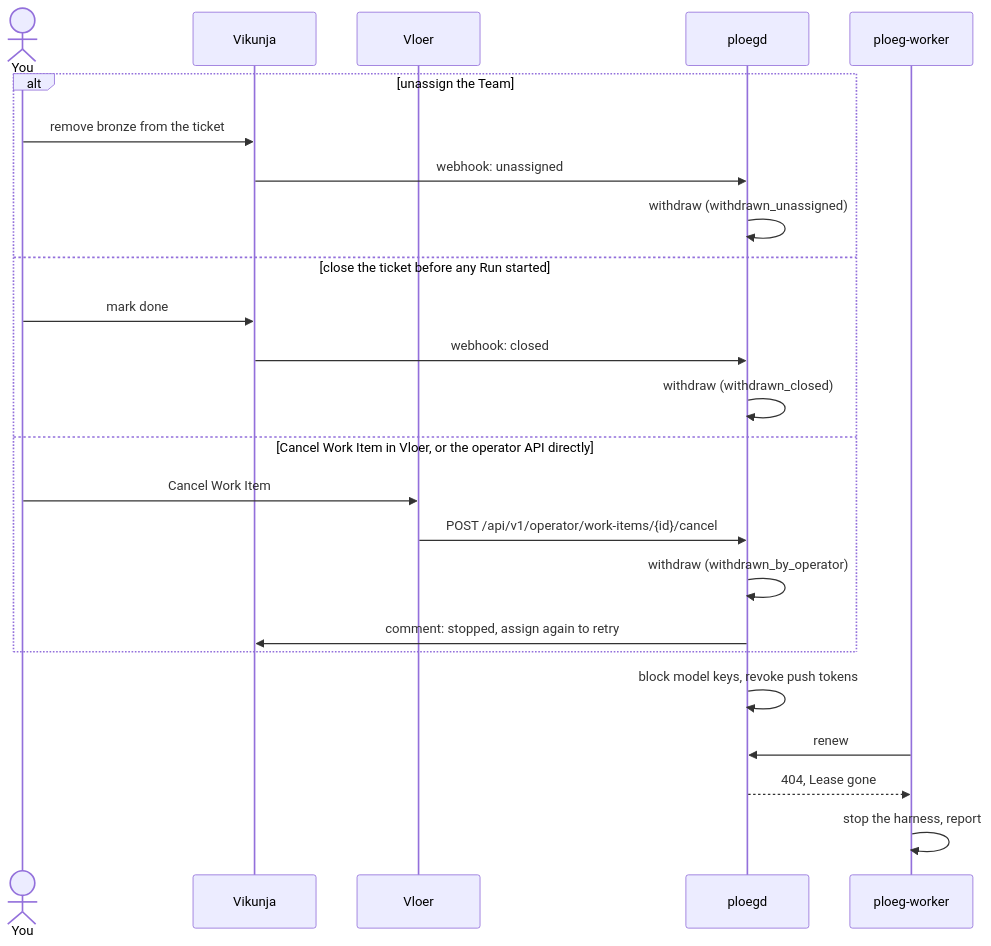
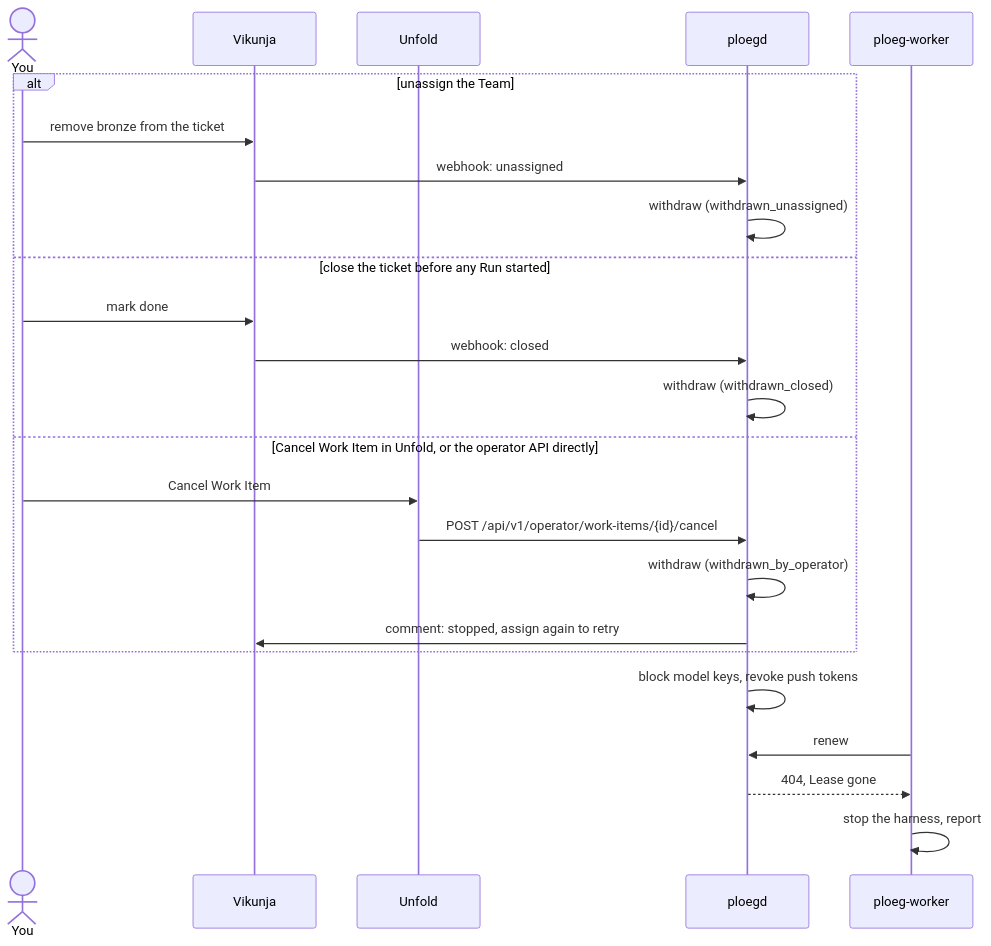
The fourth of 5 diagrams in docs/concepts/journeys.md (webgrip/unfold), drawn with Mermaid before and after one commit. The commit also changed other lines of this file and 1136 other files, not shown here.

````diff
--- a/docs/concepts/journeys.md
+++ b/docs/concepts/journeys.md
@@ -135,26 +135,26 @@
 ```mermaid
 sequenceDiagram
     actor You
     participant V as Vikunja
-    participant VL as Vloer
+    participant VL as Unfold
     participant P as ploegd
     participant W as ploeg-worker
     alt unassign the Team
         You->>V: remove bronze from the ticket
         V->>P: webhook: unassigned
         P->>P: withdraw (withdrawn_unassigned)
     else close the ticket before any Run started
         You->>V: mark done
         V->>P: webhook: closed
         P->>P: withdraw (withdrawn_closed)
-    else Cancel Work Item in Vloer, or the operator API directly
+    else Cancel Work Item in Unfold, or the operator API directly
         You->>VL: Cancel Work Item
         VL->>P: POST /api/v1/operator/work-items/{id}/cancel
         P->>P: withdraw (withdrawn_by_operator)
         P->>V: comment: stopped, assign again to retry
     end
     P->>P: block model keys, revoke push tokens
     W->>P: renew
     P-->>W: 404, Lease gone
     W->>W: stop the harness, report
 ```
````
